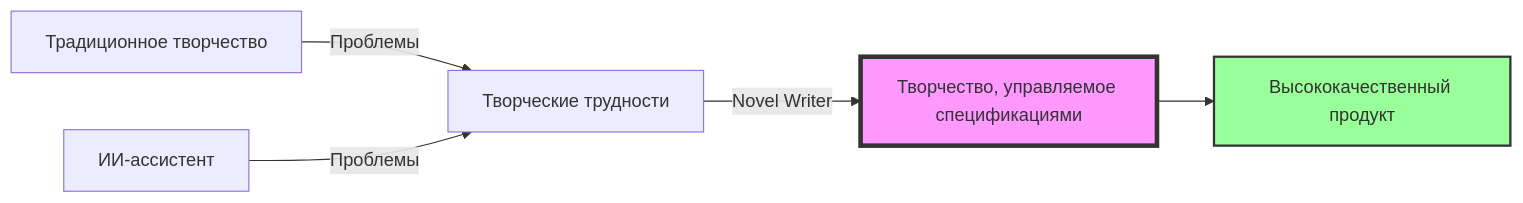
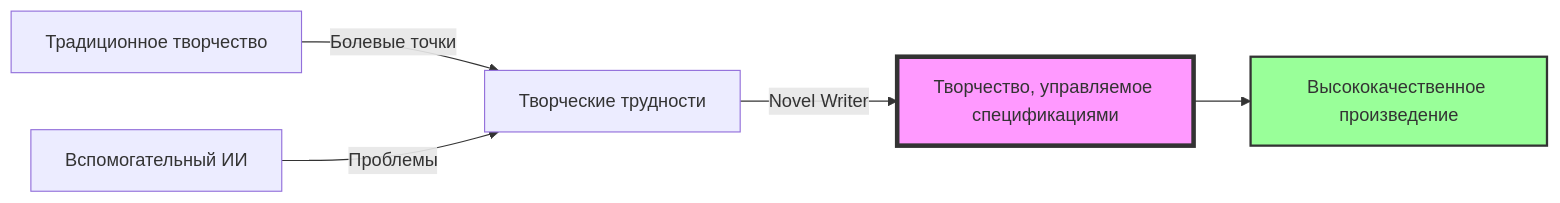
Before and after one commit to jakerdy/novel-writer-ru: the first of 9 diagrams in docs/novel-writing-guide.md, drawn with Mermaid. The commit also changed other lines of this file and 397 other files, not shown here.

````diff
--- a/docs/novel-writing-guide.md
+++ b/docs/novel-writing-guide.md
@@ -88,10 +88,10 @@
 ```mermaid
 graph LR
-    A[Традиционное творчество] -->|Проблемы| B[Творческие трудности]
-    C[ИИ-ассистент] -->|Проблемы| B
+    A[Традиционное творчество] -->|Болевые точки| B[Творческие трудности]
+    C[Вспомогательный ИИ] -->|Проблемы| B
     B -->|Novel Writer| D[Творчество, управляемое спецификациями]
-    D --> E[Высококачественный продукт]
+    D --> E[Высококачественное произведение]
 
     style D fill:#f9f,stroke:#333,stroke-width:4px
     style E fill:#9f9,stroke:#333,stroke-width:2px
 ```
````
